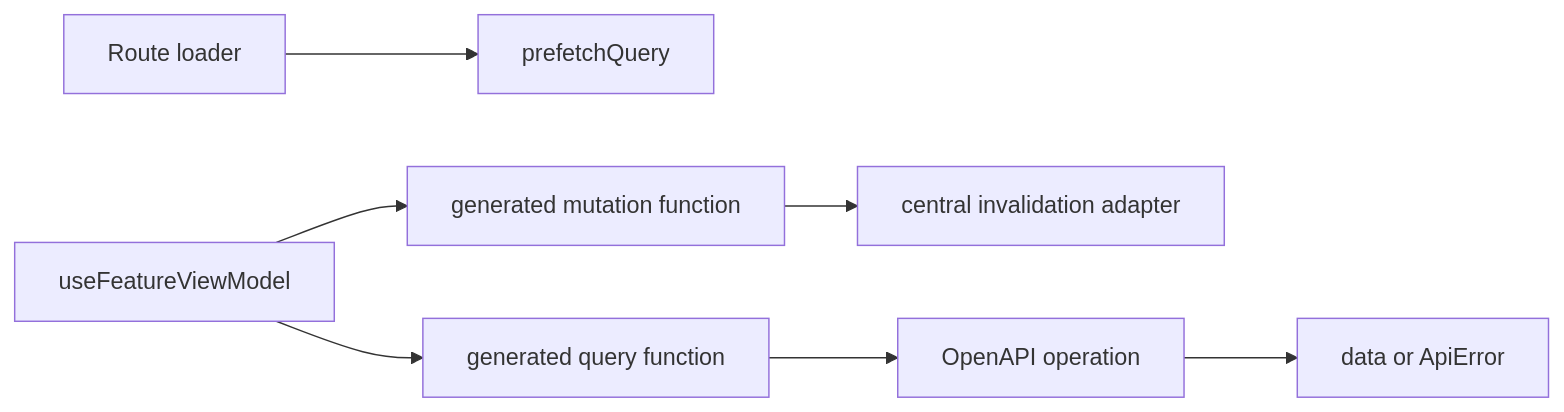
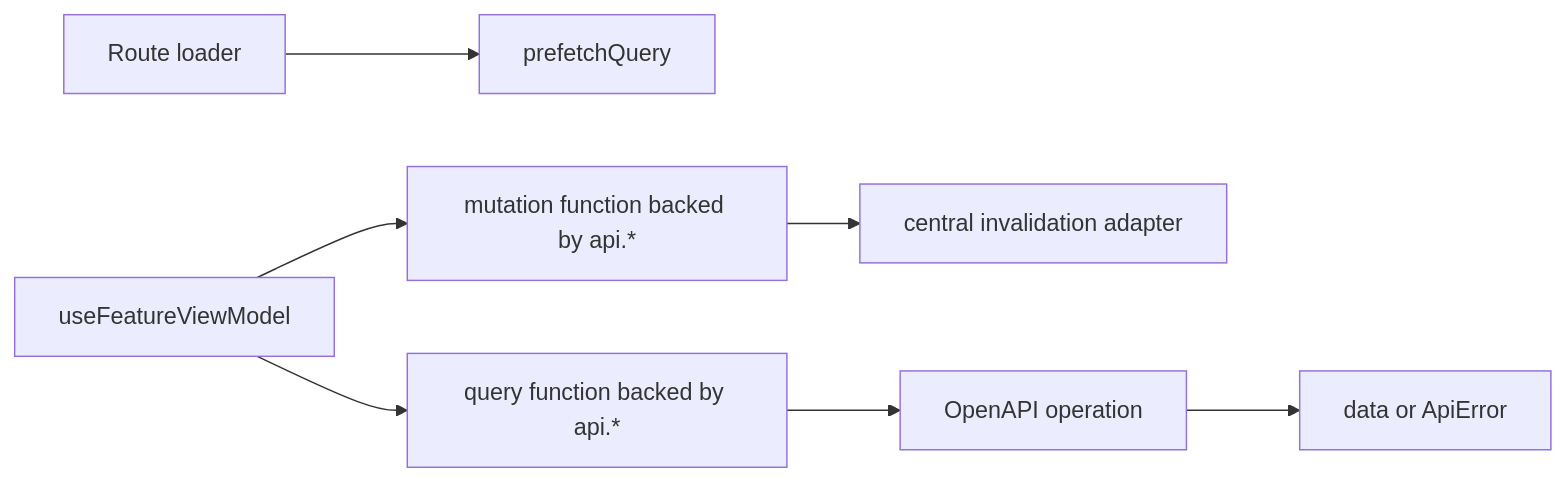
Before and after one commit to perrywangzm/goldenyears-server: the diagram in 00-react-query-contract.md, drawn with Mermaid. The commit also changed other lines of this file and 14 other files, not shown here.

````diff
--- a/00-react-query-contract.md
+++ b/00-react-query-contract.md
@@ -86,9 +86,9 @@
 ```mermaid
 flowchart LR
     Route["Route loader"] --> Prefetch["prefetchQuery"]
-    VM["useFeatureViewModel"] --> Query["generated query function"]
-    VM --> Mutation["generated mutation function"]
+    VM["useFeatureViewModel"] --> Query["query function backed by api.*"]
+    VM --> Mutation["mutation function backed by api.*"]
     Mutation --> Invalidator["central invalidation adapter"]
     Query --> API["OpenAPI operation"]
     API --> Envelope["data or ApiError"]
 ```
````
